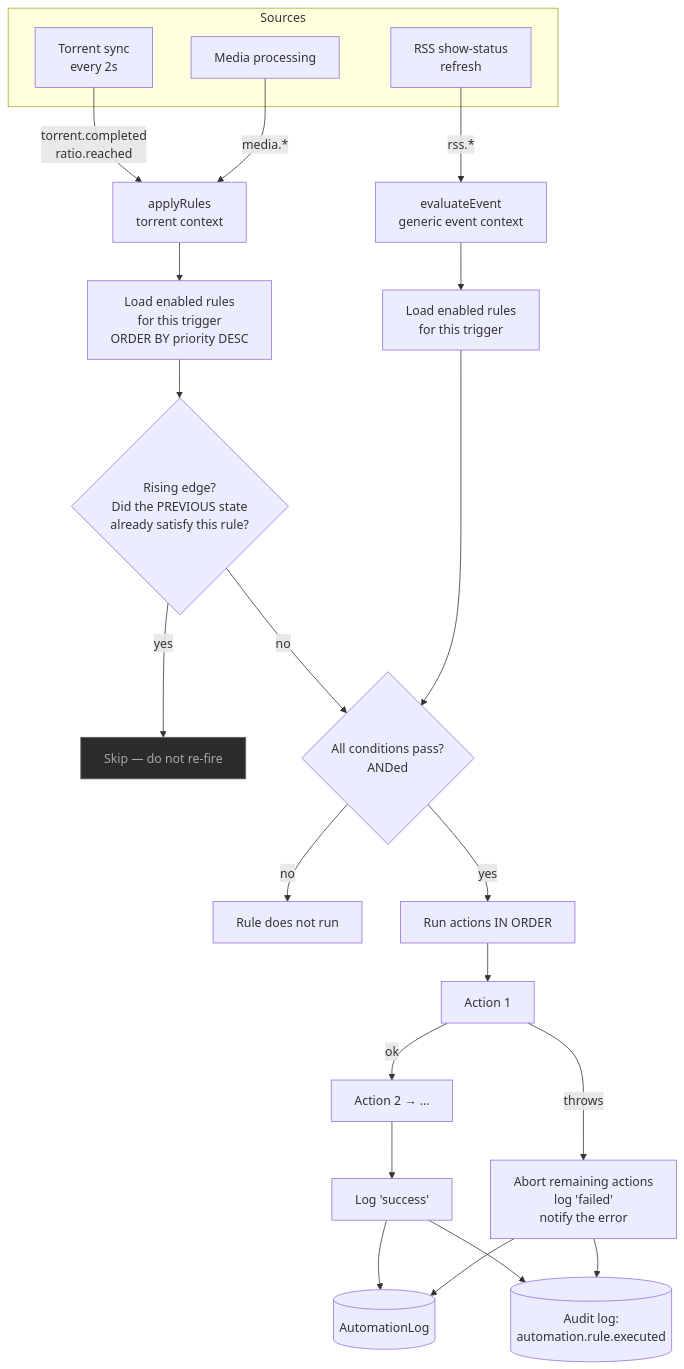
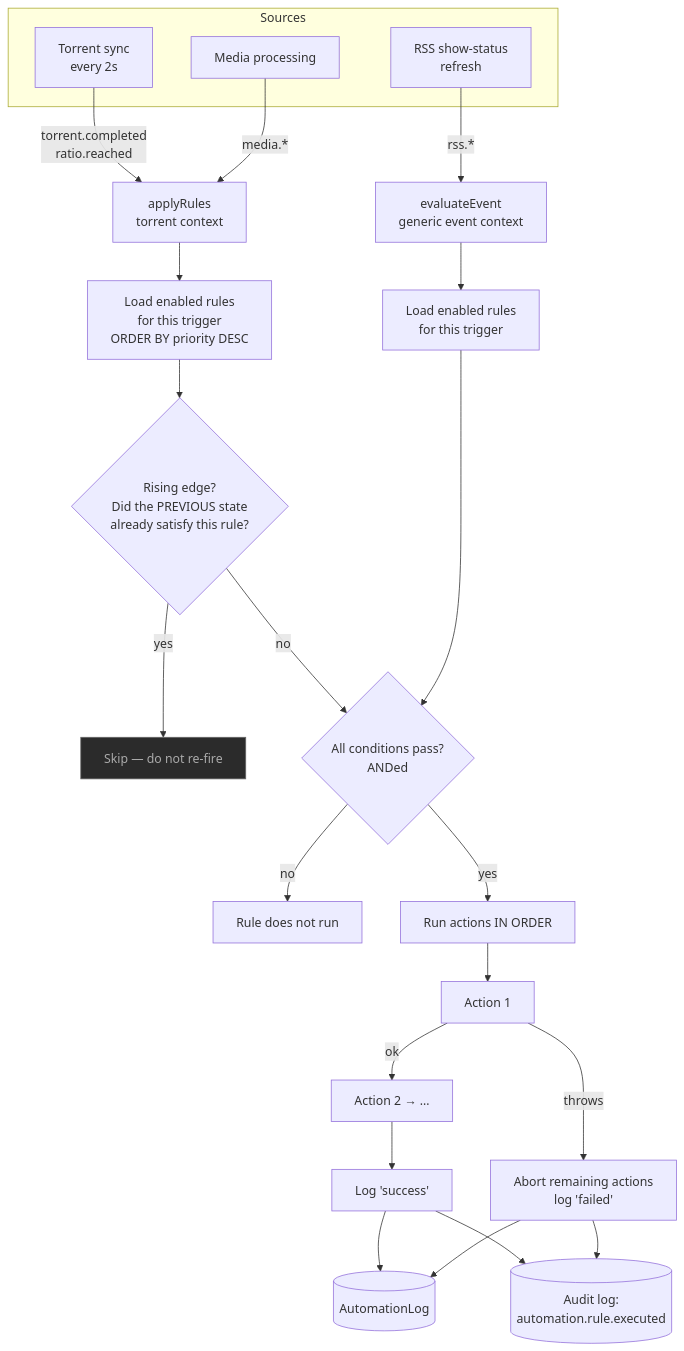
One commit to damirabal/ultratorrent-core changed the diagram in website/docs/modules/automation.md. Above: the diagram before and after it, drawn with Mermaid. The commit also changed other lines of this file and 63 other files, not shown here.

````diff
--- a/website/docs/modules/automation.md
+++ b/website/docs/modules/automation.md
@@ -54,35 +53,35 @@
 ```mermaid
 flowchart TD
     subgraph Sources
       TS[Torrent sync<br/>every 2s]
       MP[Media processing]
       RSSS[RSS show-status<br/>refresh]
     end
 
     TS -->|torrent.completed<br/>ratio.reached| EV[applyRules<br/>torrent context]
     MP -->|media.*| EV
     RSSS -->|rss.*| EE[evaluateEvent<br/>generic event context]
 
     EV --> L1[Load enabled rules<br/>for this trigger<br/>ORDER BY priority DESC]
     EE --> L2[Load enabled rules<br/>for this trigger]
 
     L1 --> RE{Rising edge?<br/>Did the PREVIOUS state<br/>already satisfy this rule?}
     RE -->|yes| SKIP[Skip — do not re-fire]
     RE -->|no| C
 
     L2 --> C{All conditions pass?<br/>ANDed}
     C -->|no| NF[Rule does not run]
     C -->|yes| A[Run actions IN ORDER]
 
     A --> A1[Action 1]
-    A1 -->|throws| FAIL[Abort remaining actions<br/>log 'failed'<br/>notify the error]
+    A1 -->|throws| FAIL[Abort remaining actions<br/>log 'failed']
     A1 -->|ok| A2[Action 2 → …]
     A2 --> OK[Log 'success']
 
     OK --> AL[(AutomationLog)]
     FAIL --> AL
     OK --> AU[(Audit log:<br/>automation.rule.executed)]
     FAIL --> AU
 
     style SKIP fill:#2b2b2b,stroke:#666,color:#aaa
 ```
````
